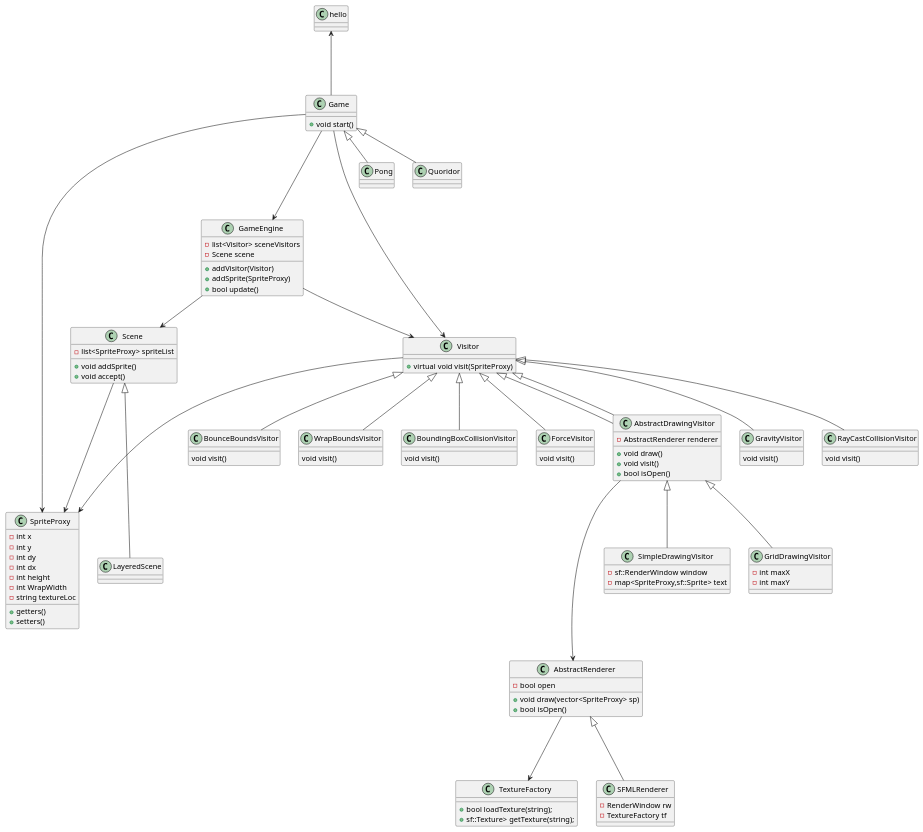
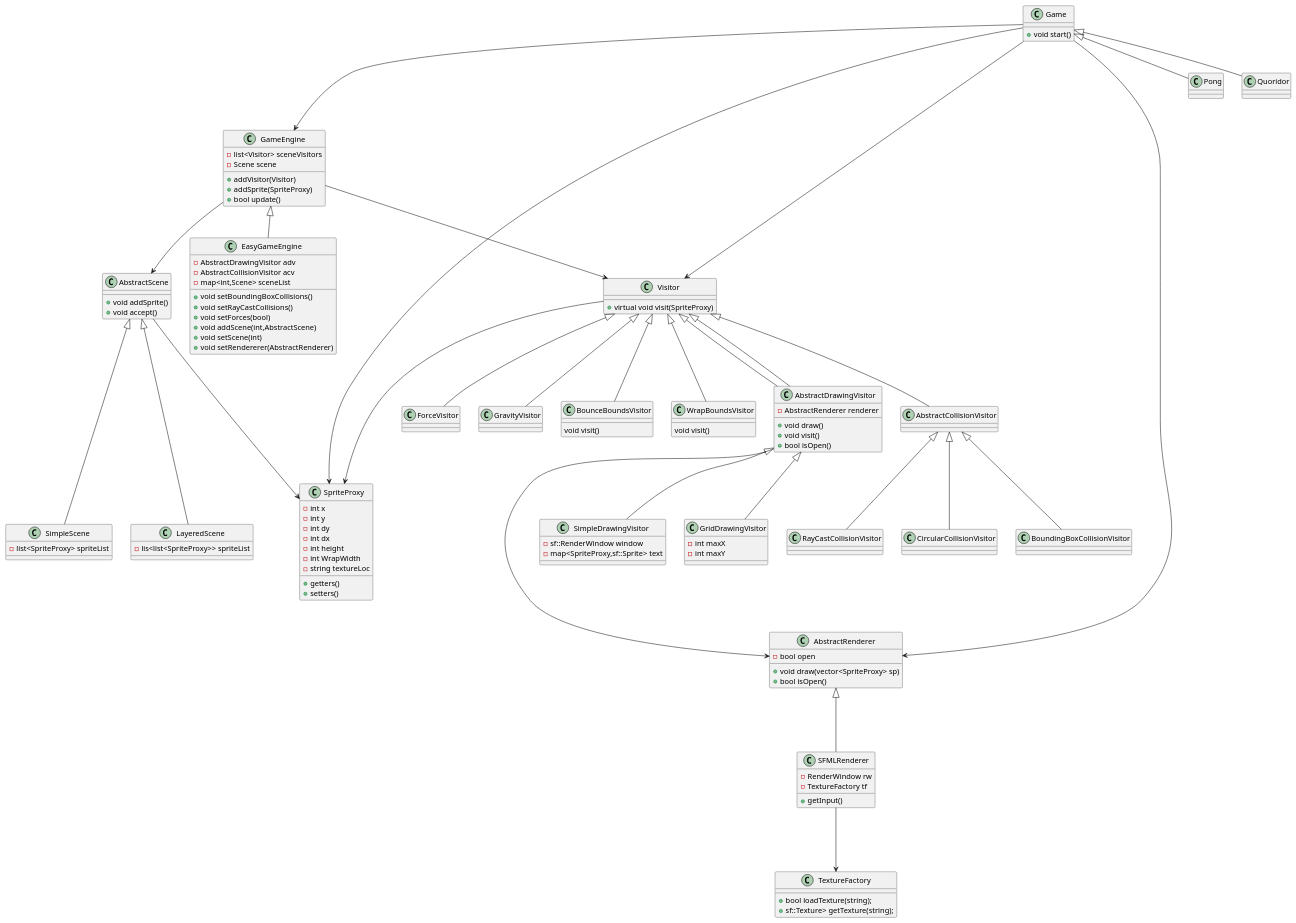
One commit to spilloid/Visitor-Game-Engine changed the diagram in docs/uml.plantuml. Above: the diagram before and after it, drawn with PlantUML. The commit also changed 22 other files, not shown here.

```diff
--- a/docs/uml.plantuml
+++ b/docs/uml.plantuml
@@ -1,102 +1,127 @@
 @startuml FinalProject
 class Game{
     +void start()
+}
+class EasyGameEngine{
+    -AbstractDrawingVisitor adv
+    -AbstractCollisionVisitor acv
+    -map<int,Scene> sceneList
+    +void setBoundingBoxCollisions()
+    +void setRayCastCollisions()
+    +void setForces(bool)
+    +void addScene(int,AbstractScene)
+    +void setScene(int)
+    +void setRendererer(AbstractRenderer)
 }
 class GameEngine {
     -list<Visitor> sceneVisitors
     -Scene scene
     +addVisitor(Visitor)
     +addSprite(SpriteProxy)
     +bool update()
 }
-class Scene{
-    -list<SpriteProxy> spriteList
+class AbstractScene{
     +void addSprite()
     +void accept()
+}
+class SimpleScene{
+    -list<SpriteProxy> spriteList
+
+}
+class LayeredScene{
+    -lis<list<SpriteProxy>> spriteList
+
 }
 class TextureFactory{
         +bool loadTexture(string);
         +sf::Texture> getTexture(string);
 }
 class SpriteProxy{
     -int x
     -int y
     -int dy
     -int dx
     -int height
     -int WrapWidth
     -string textureLoc
     +getters()
     +setters()
 }
 class Visitor{
     +virtual void visit(SpriteProxy)
 }
 class BounceBoundsVisitor{
     void visit()
 }
 class WrapBoundsVisitor{
     void visit()
-    }
+}
+class AbstractCollisionVisitor{
+
+}
 class BoundingBoxCollisionVisitor{
-    void visit()
-    }
+}
+class RayCastCollisionVisitor{
+
+}
+class CircularCollisionVisitor{
+
+}
 class AbstractRenderer{
     -bool open
     +void draw(vector<SpriteProxy> sp)
     +bool isOpen()
 }
 class SFMLRenderer{
     -RenderWindow rw
     -TextureFactory tf
-
+    +getInput()
 }
 class AbstractDrawingVisitor{
     -AbstractRenderer renderer
     +void draw()
     +void visit()
     +bool isOpen()
 }
 
 class SimpleDrawingVisitor{
     -sf::RenderWindow window
     -map<SpriteProxy,sf::Sprite> text
     }
 class GridDrawingVisitor{
     -int maxX
     -int maxY
 }
 class ForceVisitor{
-    void visit()
     }
 class GravityVisitor{
-    void visit()
     }
-class RayCastCollisionVisitor{
-    void visit()
-    }
-hello <--- Game
 Game <|-- Pong
 Game <|-- Quoridor
 Game ---> GameEngine
 Game ---> Visitor
 Game ---> SpriteProxy
+Game ---> AbstractRenderer
+GameEngine <|-- EasyGameEngine
 GameEngine --> Visitor
-GameEngine --> Scene
-Scene <|--- LayeredScene
-Scene ---> SpriteProxy
+GameEngine --> AbstractScene
+AbstractScene <|--- LayeredScene
+AbstractScene <|--- SimpleScene
+AbstractScene ---> SpriteProxy
 Visitor ---> SpriteProxy
 Visitor <|-- ForceVisitor
 Visitor <|-- GravityVisitor
 Visitor <|-- BounceBoundsVisitor
 Visitor <|-- WrapBoundsVisitor
-Visitor <|-- BoundingBoxCollisionVisitor
-Visitor <|-- RayCastCollisionVisitor
 Visitor <|-- AbstractDrawingVisitor
 Visitor<|-- AbstractDrawingVisitor
+Visitor <|-- AbstractCollisionVisitor
+AbstractCollisionVisitor <|-- RayCastCollisionVisitor
+AbstractCollisionVisitor <|-- BoundingBoxCollisionVisitor
+AbstractCollisionVisitor <|-- CircularCollisionVisitor
 AbstractDrawingVisitor <|-- SimpleDrawingVisitor
 AbstractDrawingVisitor <|-- GridDrawingVisitor
 AbstractDrawingVisitor ---> AbstractRenderer
 AbstractRenderer <|--- SFMLRenderer
-AbstractRenderer ---> TextureFactory
+SFMLRenderer ---> TextureFactory
 @enduml
```
